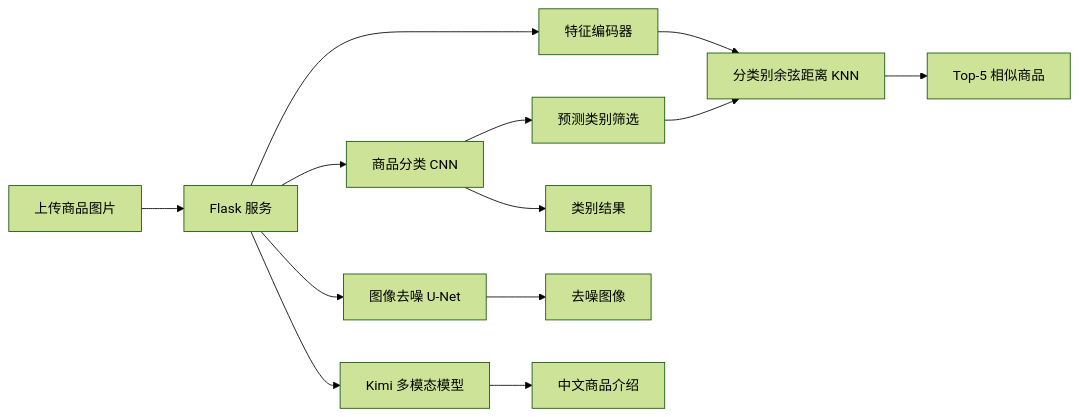
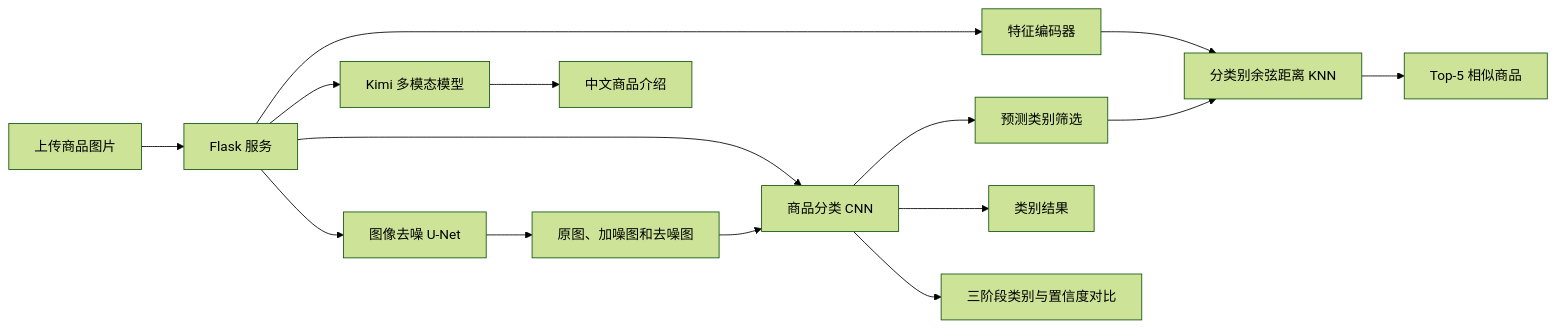
The diagram in README.md (lizhuofan-curry/smart-image-treasure-hunt), drawn with Mermaid (forest theme) before and after one commit. The commit also changed other lines of this file and 9 other files, not shown here.

````diff
--- a/README.md
+++ b/README.md
@@ -68,15 +70,17 @@
 ```mermaid
 flowchart LR
     A[上传商品图片] --> B[Flask 服务]
     B --> C[商品分类 CNN]
     B --> D[图像去噪 U-Net]
     B --> E[特征编码器]
     B --> J[Kimi 多模态模型]
     C --> L[预测类别筛选]
     E --> F[分类别余弦距离 KNN]
     L --> F
     C --> G[类别结果]
-    D --> H[去噪图像]
+    D --> H[原图、加噪图和去噪图]
+    H --> C
+    C --> M[三阶段类别与置信度对比]
     F --> I[Top-5 相似商品]
     J --> K[中文商品介绍]
 ```
````
